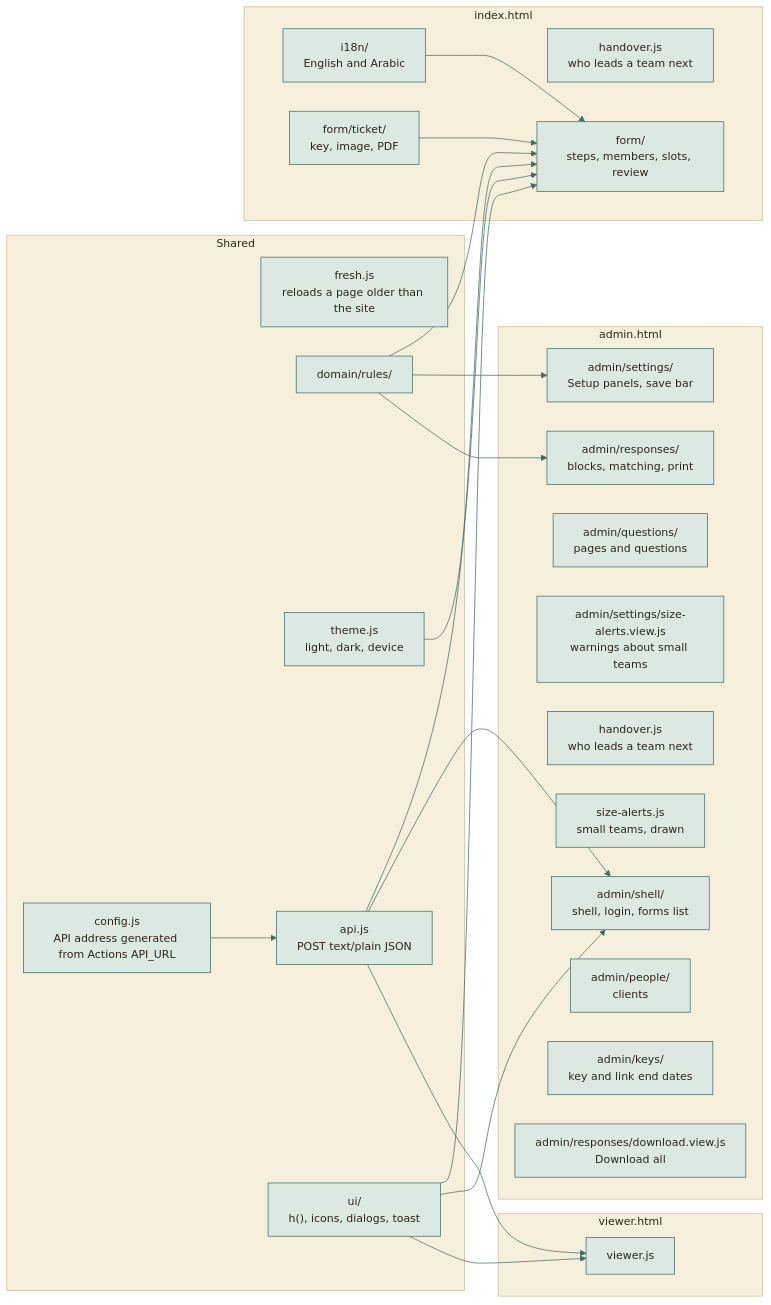
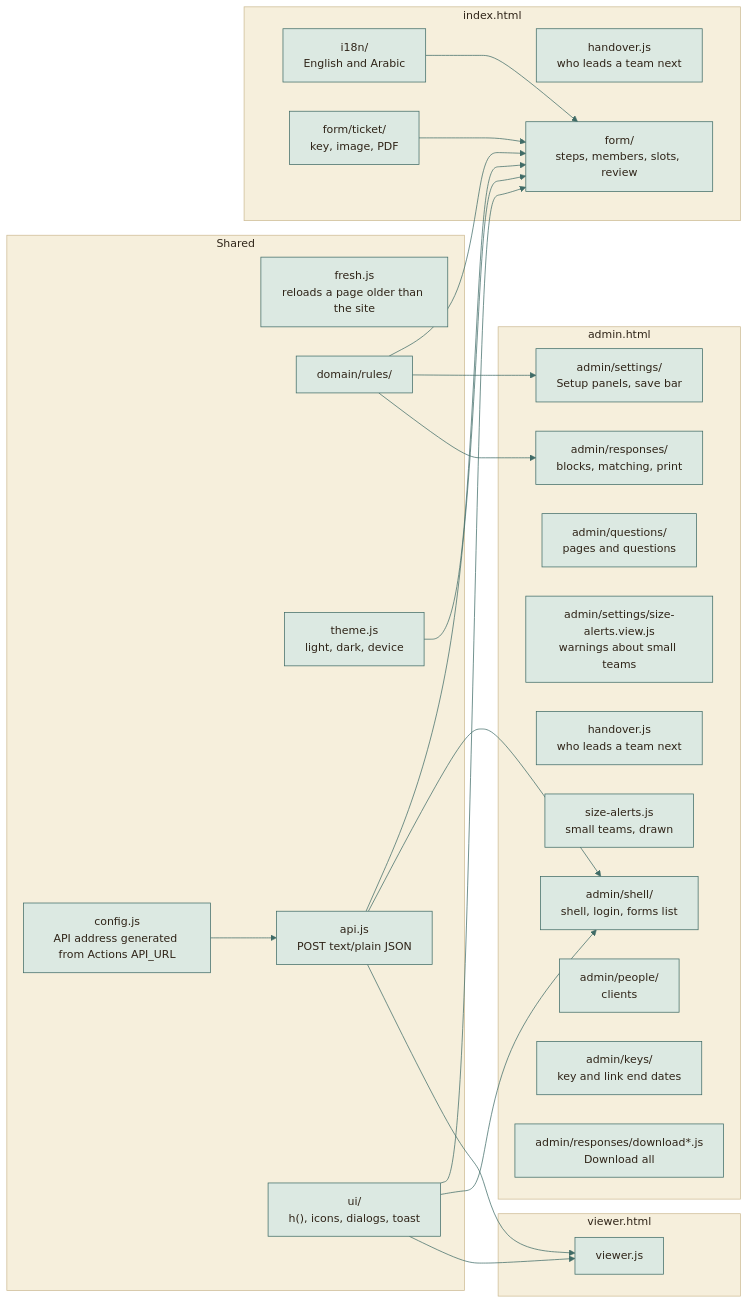
One commit to moyeh04/forms-platform changed the tenth of 12 diagrams in docs/architecture/ARCHITECTURE.md. Above: the diagram before and after it, drawn with Mermaid. The commit also changed 7 other files, not shown here.

First line of the commit message:
refactor(web): Split Download all into its steps and its end

````diff
--- a/docs/architecture/ARCHITECTURE.md
+++ b/docs/architecture/ARCHITECTURE.md
@@ -695,73 +695,73 @@
 ```mermaid
 %%{init: {
   'theme': 'base',
   'themeVariables': {
     'fontFamily': 'ui-sans-serif, system-ui, -apple-system, Segoe UI, Roboto, sans-serif',
     'fontSize': '15px',
     'primaryColor': '#DCE9E2', 'primaryBorderColor': '#3F6B66', 'primaryTextColor': '#2F2418',
     'secondaryColor': '#F0E4C8', 'secondaryBorderColor': '#C9A24A', 'secondaryTextColor': '#2F2418',
     'tertiaryColor': '#F6EFDC', 'tertiaryBorderColor': '#CDBB94', 'tertiaryTextColor': '#2F2418',
     'lineColor': '#3F6B66', 'textColor': '#2F2418', 'mainBkg': '#DCE9E2', 'nodeBorder': '#3F6B66',
     'clusterBkg': '#F6EFDC', 'clusterBorder': '#CDBB94', 'titleColor': '#2F2418',
     'edgeLabelBackground': '#F8F1DD',
     'actorBkg': '#DCE9E2', 'actorBorder': '#3F6B66', 'actorTextColor': '#2F2418', 'actorLineColor': '#8FB3AB',
     'signalColor': '#477A73', 'signalTextColor': '#477A73',
     'labelBoxBkgColor': '#F0E4C8', 'labelBoxBorderColor': '#C9A24A', 'labelTextColor': '#2F2418', 'loopTextColor': '#6A5A44',
     'noteBkgColor': '#FBEFC9', 'noteBorderColor': '#C9A24A', 'noteTextColor': '#2F2418',
     'activationBkgColor': '#DCE9E2', 'activationBorderColor': '#3F6B66', 'sequenceNumberColor': '#F8F1DD',
     'transitionColor': '#3F6B66', 'stateLabelColor': '#2F2418', 'stateBkg': '#DCE9E2', 'altBackground': '#F6EFDC',
     'attributeBackgroundColorOdd': '#F8F1DD', 'attributeBackgroundColorEven': '#F0E4C8'
   },
   'flowchart': {'curve': 'basis', 'padding': 14, 'nodeSpacing': 40, 'rankSpacing': 46},
   'sequence': {'mirrorActors': false, 'messageMargin': 34, 'boxMargin': 8}
 }}%%
 flowchart LR
     subgraph shared["Shared"]
         cfg["config.js<br/>API address generated from Actions API_URL"]
         fr["fresh.js<br/>reloads a page older than the site"]
         rl["domain/rules/"]
         th["theme.js<br/>light, dark, device"]
         api["api.js<br/>POST text/plain JSON"]
         ui["ui/<br/>h(), icons, dialogs, toast"]
     end
     subgraph student["index.html"]
         i18n["i18n/<br/>English and Arabic"]
         tk["form/ticket/<br/>key, image, PDF"]
         h1["handover.js<br/>who leads a team next"]
         fm["form/<br/>steps, members, slots, review"]
     end
     subgraph adminp["admin.html"]
         a1["admin/shell/<br/>shell, login, forms list"]
         a2["admin/settings/<br/>Setup panels, save bar"]
         a8["admin/questions/<br/>pages and questions"]
         a7["admin/settings/size-alerts.view.js<br/>warnings about small teams"]
         h2["handover.js<br/>who leads a team next"]
         s2["size-alerts.js<br/>small teams, drawn"]
         a3["admin/responses/<br/>blocks, matching, print"]
         a4["admin/people/<br/>clients"]
         a5["admin/keys/<br/>key and link end dates"]
-        a6["admin/responses/download.view.js<br/>Download all"]
+        a6["admin/responses/download*.js<br/>Download all"]
     end
     subgraph viewerp["viewer.html"]
         v1["viewer.js"]
     end
     cfg --> api
     api --> fm
     api --> a1
     api --> v1
     rl --> fm
     rl --> a2
     rl --> a3
     ui --> fm
     ui --> a1
     ui --> v1
     th --> fm
     i18n --> fm
     tk --> fm
     classDef cDb fill:#F3E2B3,stroke:#B8892D,stroke-width:1.5px,color:#2F2418
     classDef cActor fill:#F4D9D3,stroke:#9A3328,stroke-width:1.5px,color:#2F2418
     classDef cDec fill:#FBEFC9,stroke:#C9A24A,stroke-width:1.5px,color:#2F2418
     classDef cEnd fill:#2F2418,stroke:#2F2418,color:#F8F1DD
     classDef cErr fill:#F6D5CF,stroke:#A12B1F,stroke-width:1.5px,color:#5A140C
     classDef cOk fill:#BFD9CF,stroke:#2E5A55,stroke-width:1.5px,color:#17302D
 ```
````
